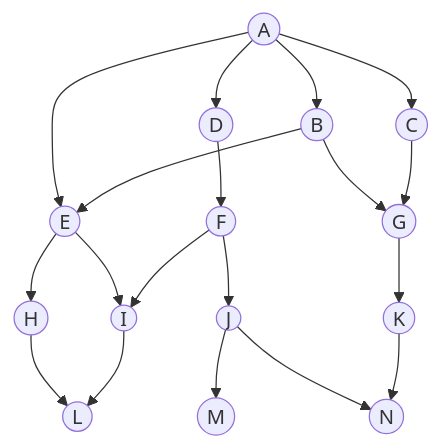
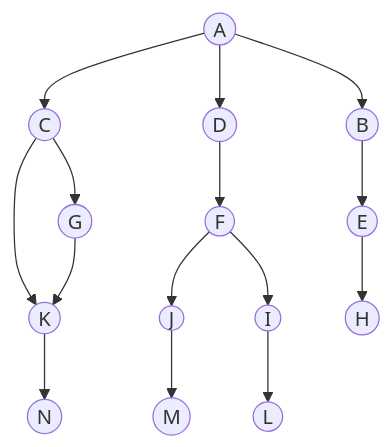
One commit to HSE-algo-23-owl/manual_tasks changed the first of 4 diagrams in task_9/zavod_dao.md. Above: the diagram before and after it, drawn with Mermaid. The commit also changed other lines of this file, not shown here.

````diff
--- a/task_9/zavod_dao.md
+++ b/task_9/zavod_dao.md
@@ -34,21 +34,17 @@
 ```mermaid
 graph TB
-A((A))-->D((D))
-A-->B((B))
-A-->C((C))
-A-->E((E))
-B --> E
-B --> G((G))
-C --> G
+A((A))-->C((C))
+A --> D((D))
+A --> B((B))
+C --> G((G))
 D --> F((F))
+B --> E((E))
+C --> K((K))
+G --> K
+F --> J((J))
+F --> I((I))
 E --> H((H))
-E --> I((I))
-F --> I
-F --> J((J))
-G --> K((K))
-H --> L((L))
-I --> L
+K --> N((N))
 J --> M((M))
-J --> N((N))
-K --> N
+I --> L((L))
 ```
````
